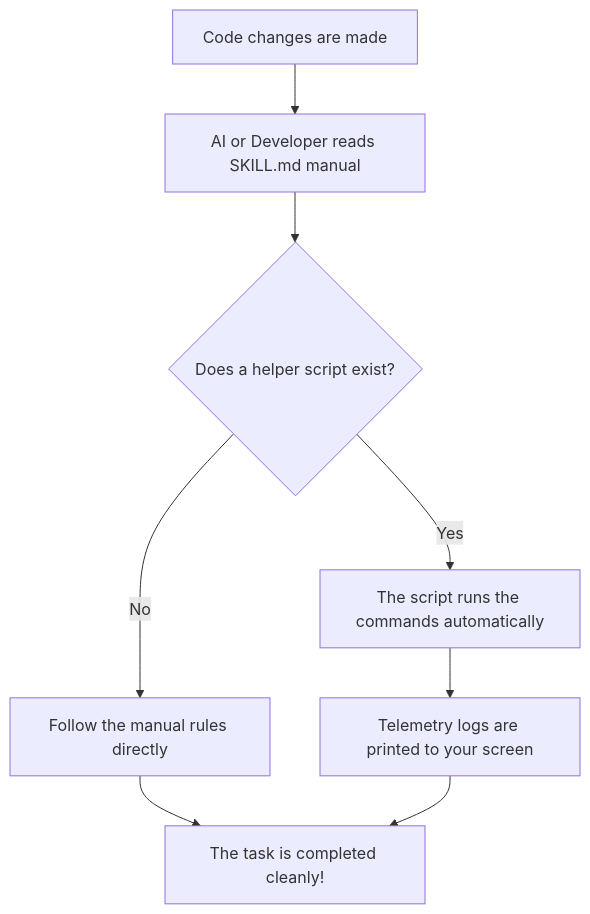
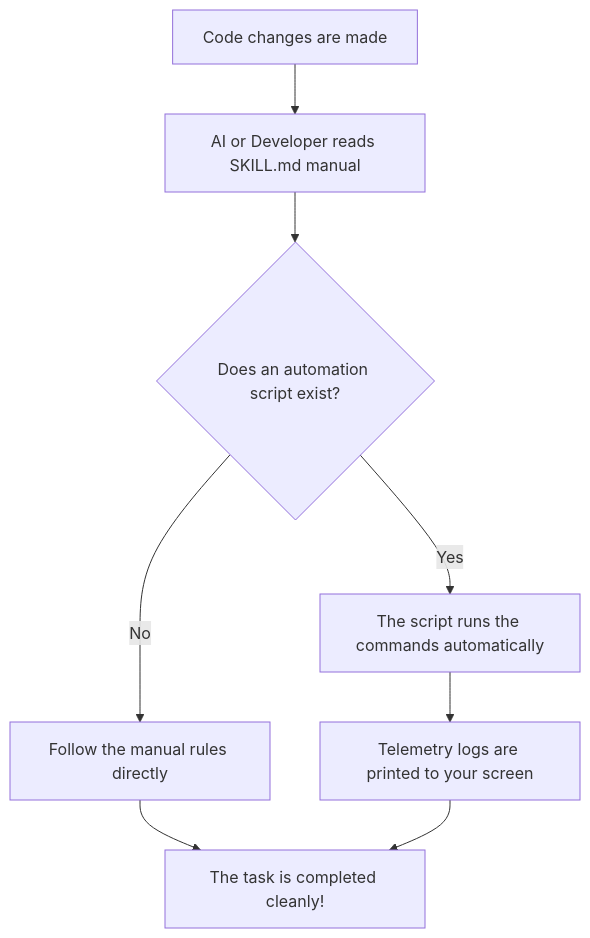
Before and after one commit to victoriacheng15/dev-toolchain: the diagram in README.md, drawn with Mermaid. The commit also changed other lines of this file, not shown here.

````diff
--- a/README.md
+++ b/README.md
@@ -42,10 +55,10 @@
 ```mermaid
 graph TD
     A["Code changes are made"] --> B["AI or Developer reads SKILL.md manual"]
-    B --> C{"Does a helper script exist?"}
+    B --> C{"Does an automation script exist?"}
     C -- Yes --> D["The script runs the commands automatically"]
     C -- No --> E["Follow the manual rules directly"]
     D --> F["Telemetry logs are printed to your screen"]
     E --> G["The task is completed cleanly!"]
     F --> G
 ```
````
